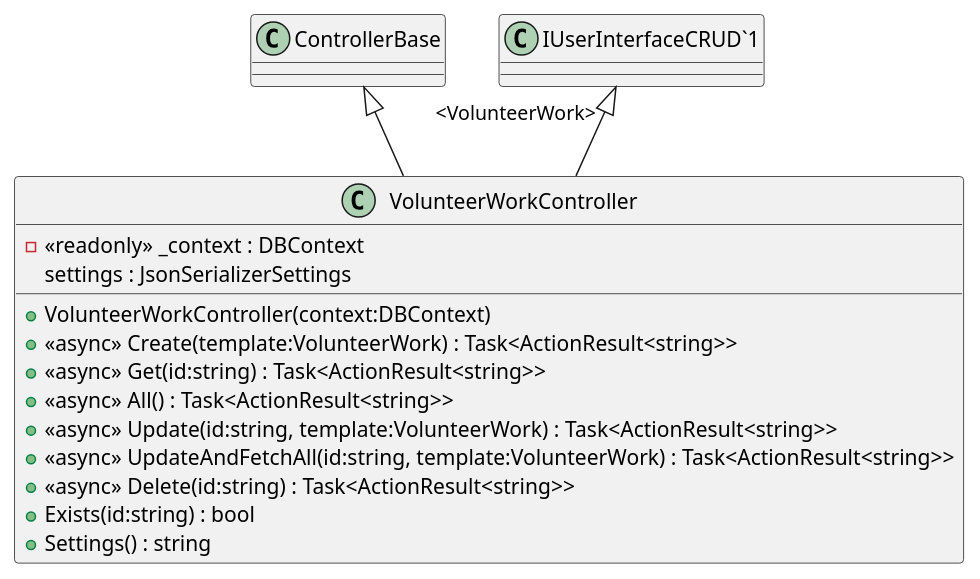
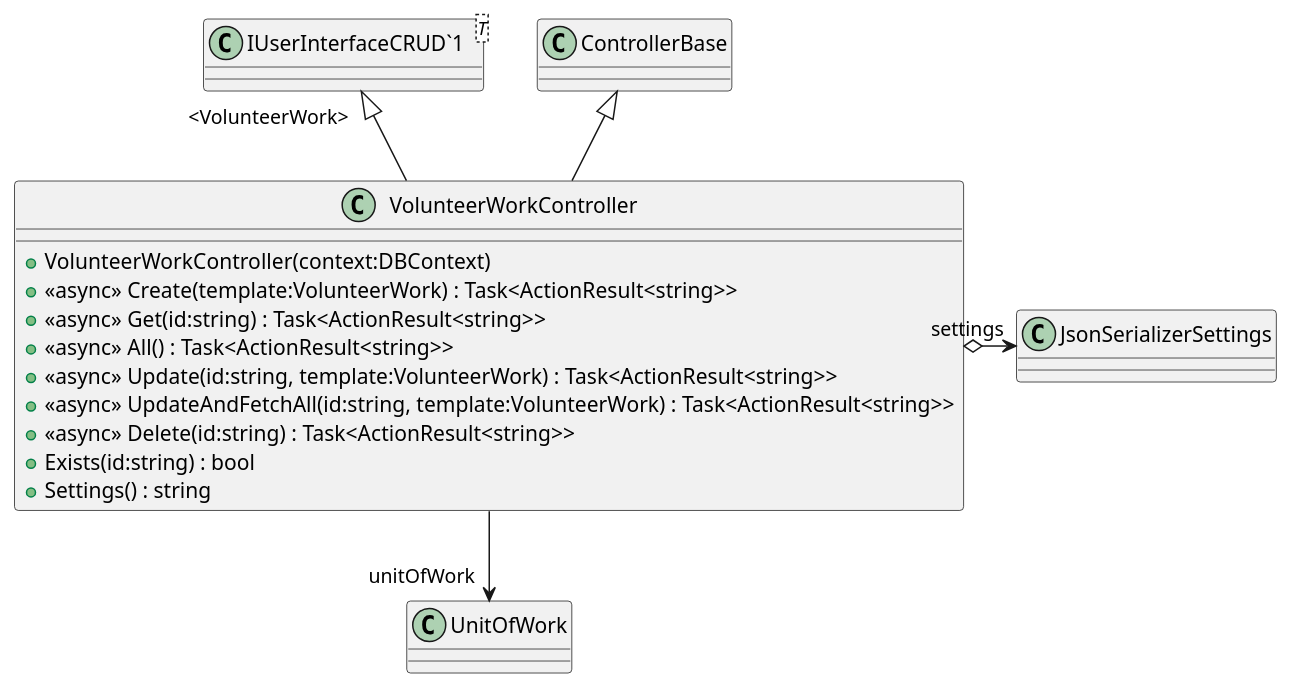
The diagram in YouthActionDotNet/UML/Controllers/VolunteerWorkController.puml (timothxy/ICT2106_P3_Project), drawn with PlantUML before and after one commit. The commit also changed 31 other files, not shown here.

Commit message:
update uml

```diff
--- a/YouthActionDotNet/UML/Controllers/VolunteerWorkController.puml
+++ b/YouthActionDotNet/UML/Controllers/VolunteerWorkController.puml
@@ -1,17 +1,19 @@
 @startuml
 class VolunteerWorkController {
-    - <<readonly>> _context : DBContext
-    settings : JsonSerializerSettings
     + VolunteerWorkController(context:DBContext)
     + <<async>> Create(template:VolunteerWork) : Task<ActionResult<string>>
     + <<async>> Get(id:string) : Task<ActionResult<string>>
     + <<async>> All() : Task<ActionResult<string>>
     + <<async>> Update(id:string, template:VolunteerWork) : Task<ActionResult<string>>
     + <<async>> UpdateAndFetchAll(id:string, template:VolunteerWork) : Task<ActionResult<string>>
     + <<async>> Delete(id:string) : Task<ActionResult<string>>
     + Exists(id:string) : bool
     + Settings() : string
 }
+class "IUserInterfaceCRUD`1"<T> {
+}
 ControllerBase <|-- VolunteerWorkController
 "IUserInterfaceCRUD`1" "<VolunteerWork>" <|-- VolunteerWorkController
+VolunteerWorkController --> "unitOfWork" UnitOfWork
+VolunteerWorkController o-> "settings" JsonSerializerSettings
 @enduml
```
